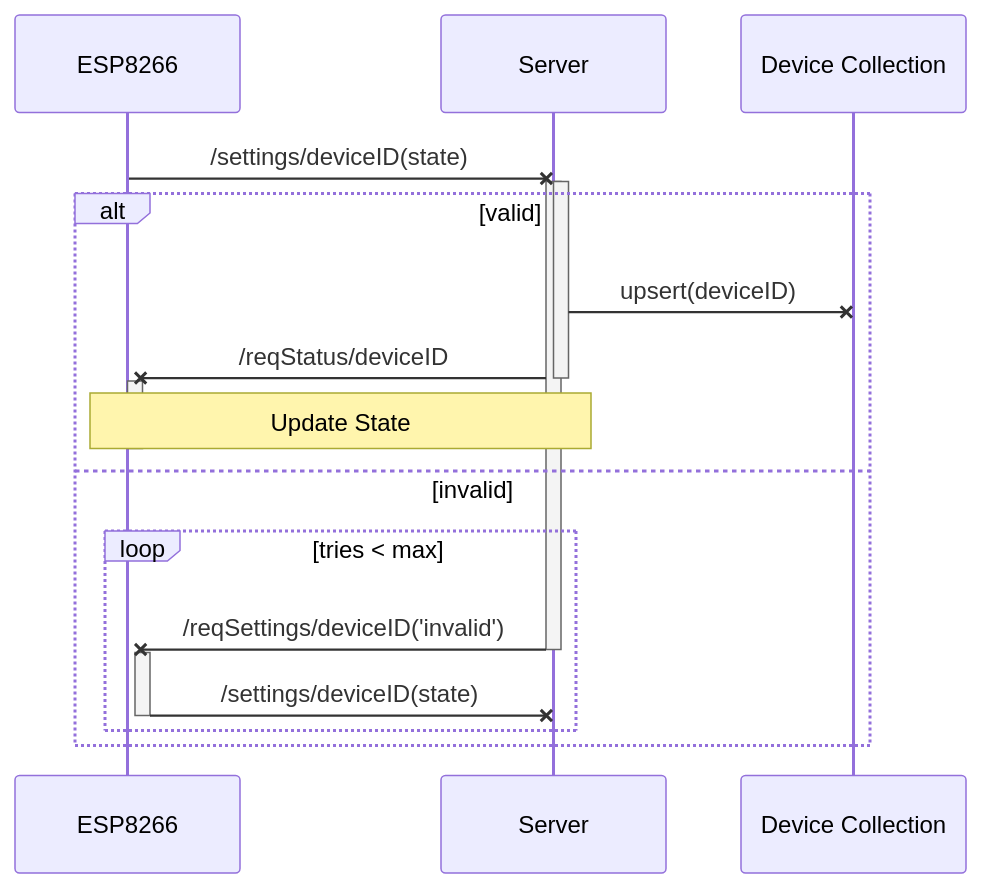
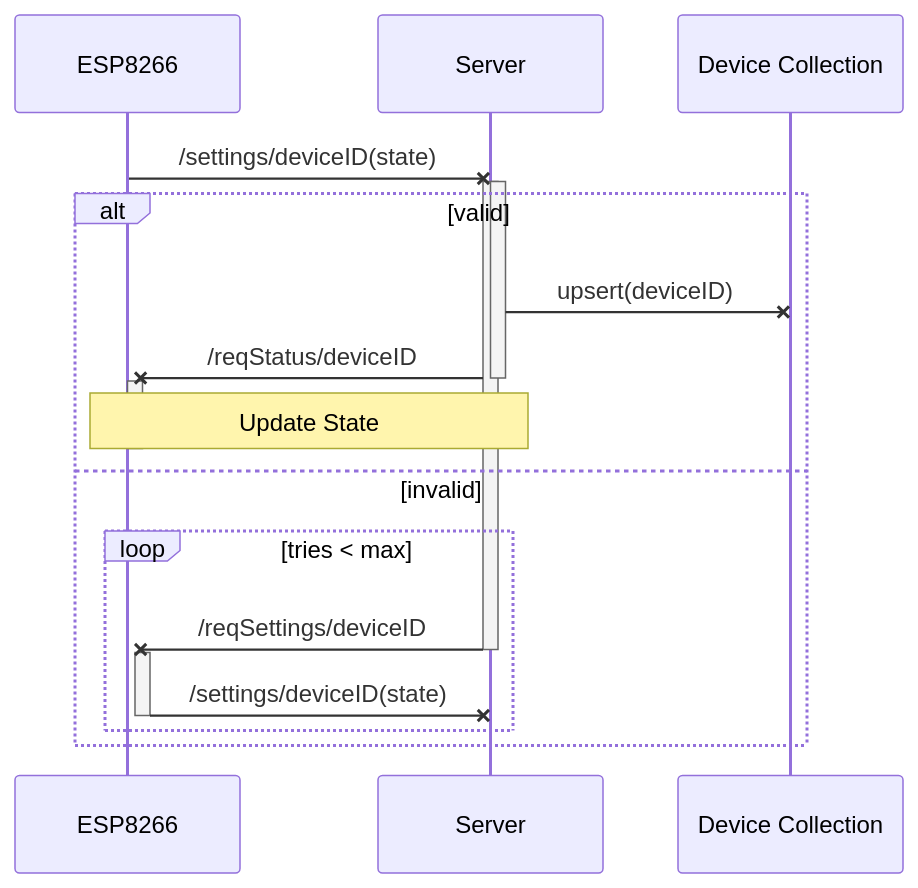
One commit to handsofblue67/home-js changed the first of 3 diagrams in docs/handshake-protocol.md. Above: the diagram before and after it, drawn with Mermaid. The commit also changed 3 other files, not shown here.

````diff
--- a/docs/handshake-protocol.md
+++ b/docs/handshake-protocol.md
@@ -7,22 +7,22 @@
 ```{mermaid}
 sequenceDiagram
   ESP8266-xServer:/settings/deviceID(state)
   activate Server
   activate Server
   alt valid
     Server-xDevice Collection: upsert(deviceID)
     Server-x+ESP8266:/reqStatus/deviceID
     deactivate Server
     activate ESP8266
     Note over ESP8266, Server: Update State
     deactivate ESP8266
   else invalid
     loop tries < max
-      Server-x+ESP8266:/reqSettings/deviceID('invalid')
+      Server-x+ESP8266:/reqSettings/deviceID
       deactivate Server
       activate ESP8266
       ESP8266-xServer:/settings/deviceID(state)
       deactivate ESP8266
     end
   end
 ```
````
